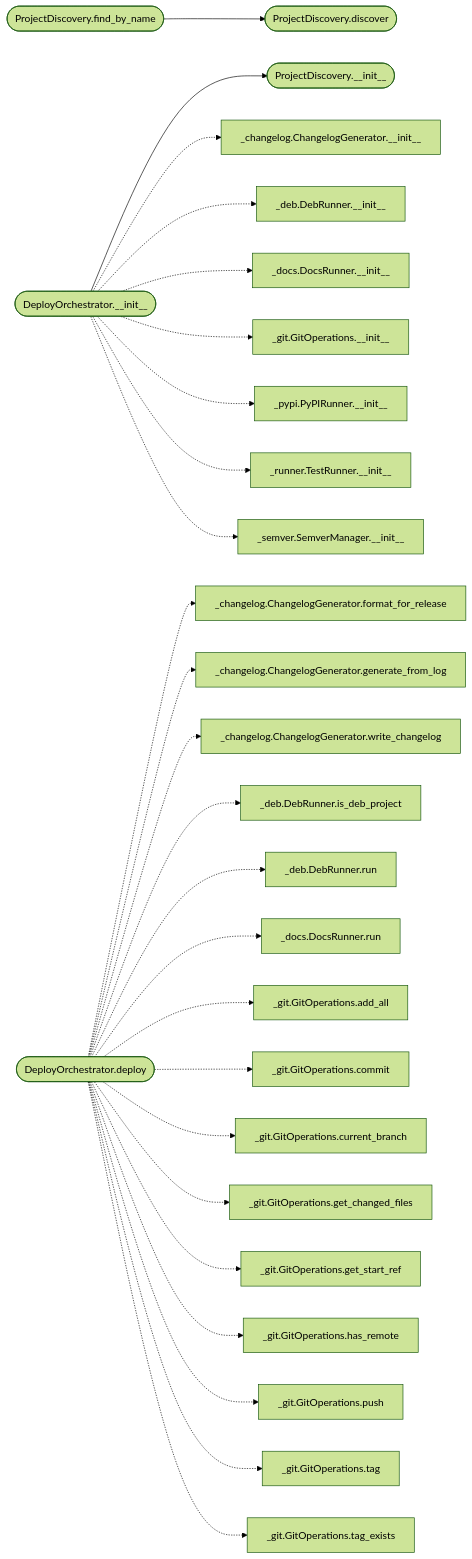
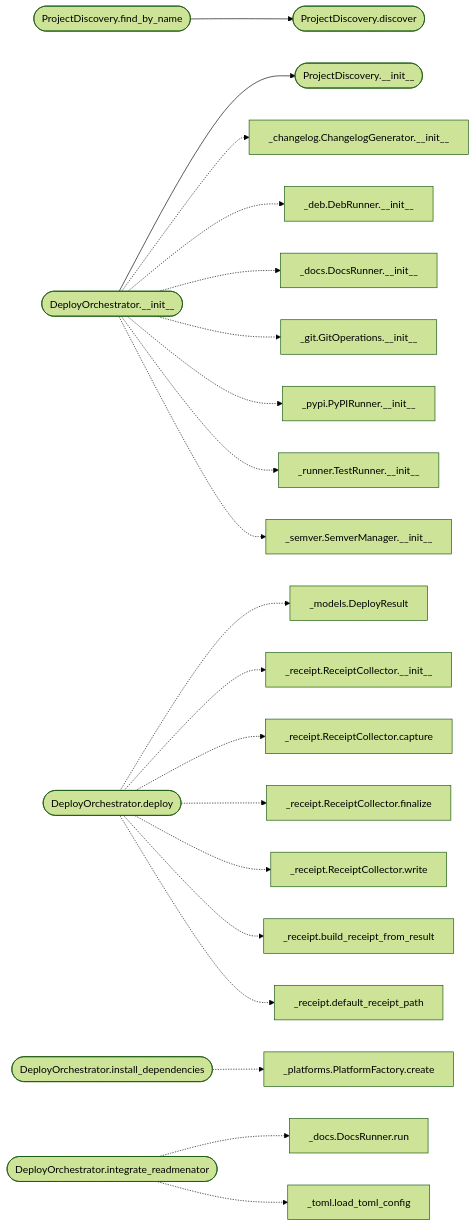
One commit to grisuno/deploynator changed the second of 2 diagrams in readmenator-apidocs/modules/deploynator._deploy.py.md. Above: the diagram before and after it, drawn with Mermaid (forest theme). The commit also changed other lines of this file and 137 other files, not shown here.

First line of the commit message:
feat(receipt): release receipts with evidence edges

````diff
--- a/readmenator-apidocs/modules/deploynator._deploy.py.md
+++ b/readmenator-apidocs/modules/deploynator._deploy.py.md
@@ -31,54 +31,46 @@
 ```mermaid
 flowchart LR
     n_deploynator__deploy_py__ProjectDiscovery_find_by_name(["ProjectDiscovery.find_by_name"])
     n_deploynator__deploy_py__ProjectDiscovery_discover(["ProjectDiscovery.discover"])
     n_deploynator__deploy_py__DeployOrchestrator___init__(["DeployOrchestrator.__init__"])
     n_deploynator__deploy_py__ProjectDiscovery___init__(["ProjectDiscovery.__init__"])
     n_deploynator__changelog_py__ChangelogGenerator___init__["_changelog.ChangelogGenerator.__init__"]
     n_deploynator__deb_py__DebRunner___init__["_deb.DebRunner.__init__"]
     n_deploynator__docs_py__DocsRunner___init__["_docs.DocsRunner.__init__"]
     n_deploynator__git_py__GitOperations___init__["_git.GitOperations.__init__"]
     n_deploynator__pypi_py__PyPIRunner___init__["_pypi.PyPIRunner.__init__"]
     n_deploynator__runner_py__TestRunner___init__["_runner.TestRunner.__init__"]
     n_deploynator__semver_py__SemverManager___init__["_semver.SemverManager.__init__"]
     n_deploynator__deploy_py__DeployOrchestrator_deploy(["DeployOrchestrator.deploy"])
-    n_deploynator__changelog_py__ChangelogGenerator_format_for_release["_changelog.ChangelogGenerator.format_for_release"]
-    n_deploynator__changelog_py__ChangelogGenerator_generate_from_log["_changelog.ChangelogGenerator.generate_from_log"]
-    n_deploynator__changelog_py__ChangelogGenerator_write_changelog["_changelog.ChangelogGenerator.write_changelog"]
-    n_deploynator__deb_py__DebRunner_is_deb_project["_deb.DebRunner.is_deb_project"]
-    n_deploynator__deb_py__DebRunner_run["_deb.DebRunner.run"]
+    n_deploynator__models_py__DeployResult["_models.DeployResult"]
+    n_deploynator__receipt_py__ReceiptCollector___init__["_receipt.ReceiptCollector.__init__"]
+    n_deploynator__receipt_py__ReceiptCollector_capture["_receipt.ReceiptCollector.capture"]
+    n_deploynator__receipt_py__ReceiptCollector_finalize["_receipt.ReceiptCollector.finalize"]
+    n_deploynator__receipt_py__ReceiptCollector_write["_receipt.ReceiptCollector.write"]
+    n_deploynator__receipt_py__build_receipt_from_result["_receipt.build_receipt_from_result"]
+    n_deploynator__receipt_py__default_receipt_path["_receipt.default_receipt_path"]
+    n_deploynator__deploy_py__DeployOrchestrator_install_dependencies(["DeployOrchestrator.install_dependencies"])
+    n_deploynator__platforms_py__PlatformFactory_create["_platforms.PlatformFactory.create"]
+    n_deploynator__deploy_py__DeployOrchestrator_integrate_readmenator(["DeployOrchestrator.integrate_readmenator"])
     n_deploynator__docs_py__DocsRunner_run["_docs.DocsRunner.run"]
-    n_deploynator__git_py__GitOperations_add_all["_git.GitOperations.add_all"]
-    n_deploynator__git_py__GitOperations_commit["_git.GitOperations.commit"]
-    n_deploynator__git_py__GitOperations_current_branch["_git.GitOperations.current_branch"]
-    n_deploynator__git_py__GitOperations_get_changed_files["_git.GitOperations.get_changed_files"]
-    n_deploynator__git_py__GitOperations_get_start_ref["_git.GitOperations.get_start_ref"]
-    n_deploynator__git_py__GitOperations_has_remote["_git.GitOperations.has_remote"]
-    n_deploynator__git_py__GitOperations_push["_git.GitOperations.push"]
-    n_deploynator__git_py__GitOperations_tag["_git.GitOperations.tag"]
-    n_deploynator__git_py__GitOperations_tag_exists["_git.GitOperations.tag_exists"]
+    n_deploynator__toml_py__load_toml_config["_toml.load_toml_config"]
     n_deploynator__deploy_py__ProjectDiscovery_find_by_name --> n_deploynator__deploy_py__ProjectDiscovery_discover
     n_deploynator__deploy_py__DeployOrchestrator___init__ --> n_deploynator__deploy_py__ProjectDiscovery___init__
     n_deploynator__deploy_py__DeployOrchestrator___init__ -.-> n_deploynator__changelog_py__ChangelogGenerator___init__
     n_deploynator__deploy_py__DeployOrchestrator___init__ -.-> n_deploynator__deb_py__DebRunner___init__
     n_deploynator__deploy_py__DeployOrchestrator___init__ -.-> n_deploynator__docs_py__DocsRunner___init__
     n_deploynator__deploy_py__DeployOrchestrator___init__ -.-> n_deploynator__git_py__GitOperations___init__
     n_deploynator__deploy_py__DeployOrchestrator___init__ -.-> n_deploynator__pypi_py__PyPIRunner___init__
     n_deploynator__deploy_py__DeployOrchestrator___init__ -.-> n_deploynator__runner_py__TestRunner___init__
     n_deploynator__deploy_py__DeployOrchestrator___init__ -.-> n_deploynator__semver_py__SemverManager___init__
-    n_deploynator__deploy_py__DeployOrchestrator_deploy -.-> n_deploynator__changelog_py__ChangelogGenerator_format_for_release
-    n_deploynator__deploy_py__DeployOrchestrator_deploy -.-> n_deploynator__changelog_py__ChangelogGenerator_generate_from_log
-    n_deploynator__deploy_py__DeployOrchestrator_deploy -.-> n_deploynator__changelog_py__ChangelogGenerator_write_changelog
-    n_deploynator__deploy_py__DeployOrchestrator_deploy -.-> n_deploynator__deb_py__DebRunner_is_deb_project
-    n_deploynator__deploy_py__DeployOrchestrator_deploy -.-> n_deploynator__deb_py__DebRunner_run
-    n_deploynator__deploy_py__DeployOrchestrator_deploy -.-> n_deploynator__docs_py__DocsRunner_run
-    n_deploynator__deploy_py__DeployOrchestrator_deploy -.-> n_deploynator__git_py__GitOperations_add_all
-    n_deploynator__deploy_py__DeployOrchestrator_deploy -.-> n_deploynator__git_py__GitOperations_commit
-    n_deploynator__deploy_py__DeployOrchestrator_deploy -.-> n_deploynator__git_py__GitOperations_current_branch
-    n_deploynator__deploy_py__DeployOrchestrator_deploy -.-> n_deploynator__git_py__GitOperations_get_changed_files
-    n_deploynator__deploy_py__DeployOrchestrator_deploy -.-> n_deploynator__git_py__GitOperations_get_start_ref
-    n_deploynator__deploy_py__DeployOrchestrator_deploy -.-> n_deploynator__git_py__GitOperations_has_remote
-    n_deploynator__deploy_py__DeployOrchestrator_deploy -.-> n_deploynator__git_py__GitOperations_push
-    n_deploynator__deploy_py__DeployOrchestrator_deploy -.-> n_deploynator__git_py__GitOperations_tag
-    n_deploynator__deploy_py__DeployOrchestrator_deploy -.-> n_deploynator__git_py__GitOperations_tag_exists
+    n_deploynator__deploy_py__DeployOrchestrator_deploy -.-> n_deploynator__models_py__DeployResult
+    n_deploynator__deploy_py__DeployOrchestrator_deploy -.-> n_deploynator__receipt_py__ReceiptCollector___init__
+    n_deploynator__deploy_py__DeployOrchestrator_deploy -.-> n_deploynator__receipt_py__ReceiptCollector_capture
+    n_deploynator__deploy_py__DeployOrchestrator_deploy -.-> n_deploynator__receipt_py__ReceiptCollector_finalize
+    n_deploynator__deploy_py__DeployOrchestrator_deploy -.-> n_deploynator__receipt_py__ReceiptCollector_write
+    n_deploynator__deploy_py__DeployOrchestrator_deploy -.-> n_deploynator__receipt_py__build_receipt_from_result
+    n_deploynator__deploy_py__DeployOrchestrator_deploy -.-> n_deploynator__receipt_py__default_receipt_path
+    n_deploynator__deploy_py__DeployOrchestrator_install_dependencies -.-> n_deploynator__platforms_py__PlatformFactory_create
+    n_deploynator__deploy_py__DeployOrchestrator_integrate_readmenator -.-> n_deploynator__docs_py__DocsRunner_run
+    n_deploynator__deploy_py__DeployOrchestrator_integrate_readmenator -.-> n_deploynator__toml_py__load_toml_config
 ```
````
